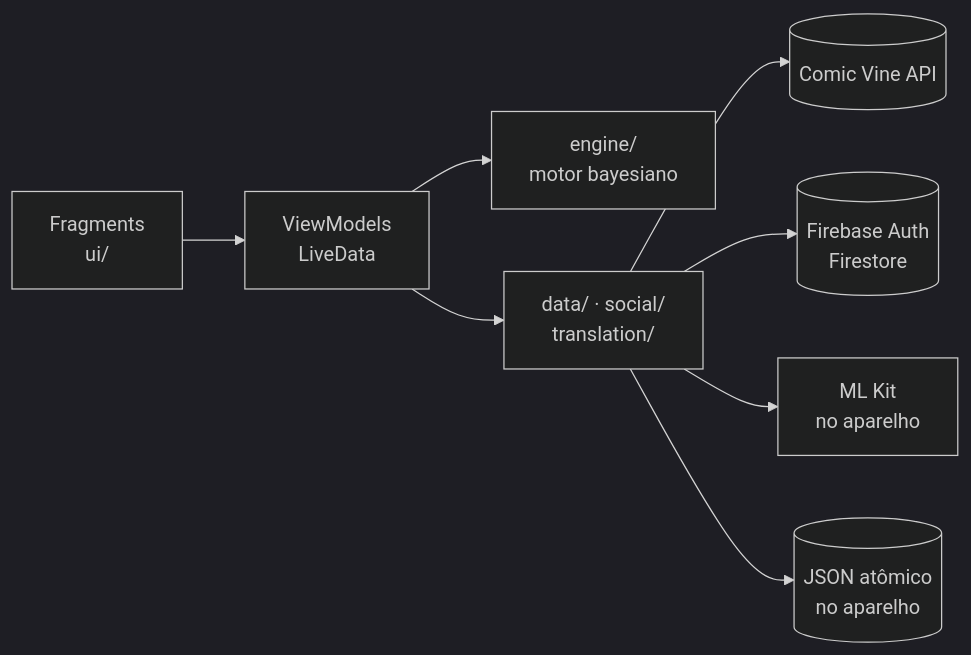
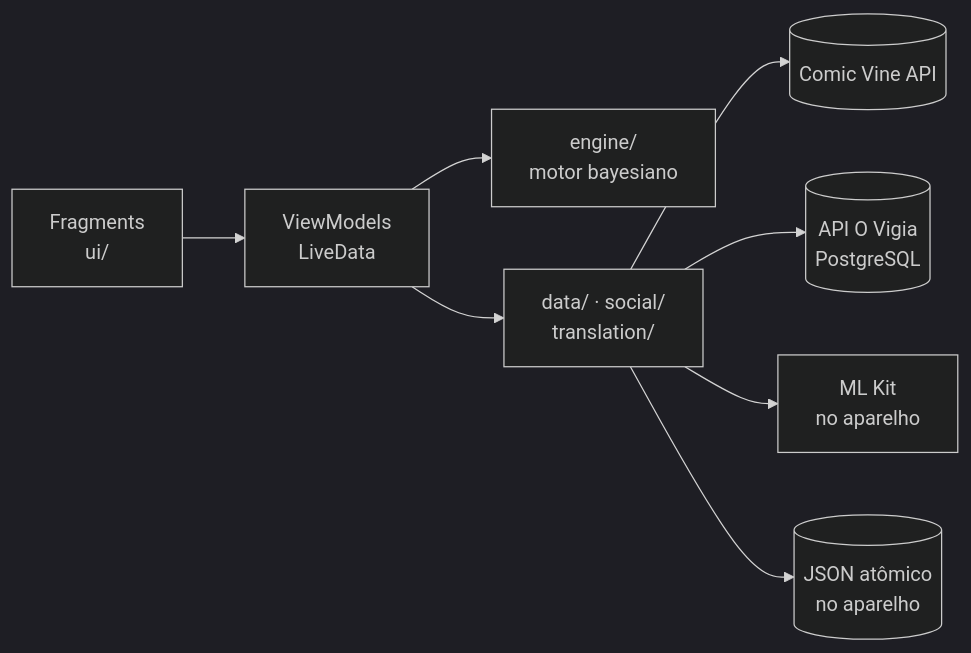
One commit to dvarakaki/o-vigia-android-oficial changed the third of 3 diagrams in README.md. Above: the diagram before and after it, drawn with Mermaid (dark theme). The commit also changed other lines of this file, not shown here.

Commit message:
docs(readme): descreve a conta online na API do O Vigia

````diff
--- a/README.md
+++ b/README.md
@@ -200,10 +186,10 @@
 ```mermaid
 flowchart LR
     UI["Fragments<br/>ui/"] --> VM["ViewModels<br/>LiveData"]
     VM --> ENG["engine/<br/>motor bayesiano"]
     VM --> REPO["data/ · social/<br/>translation/"]
     REPO --> CV[("Comic Vine API")]
-    REPO --> FB[("Firebase Auth<br/>Firestore")]
+    REPO --> API[("API O Vigia<br/>PostgreSQL")]
     REPO --> ML["ML Kit<br/>no aparelho"]
     REPO --> DISK[("JSON atômico<br/>no aparelho")]
 ```
````
